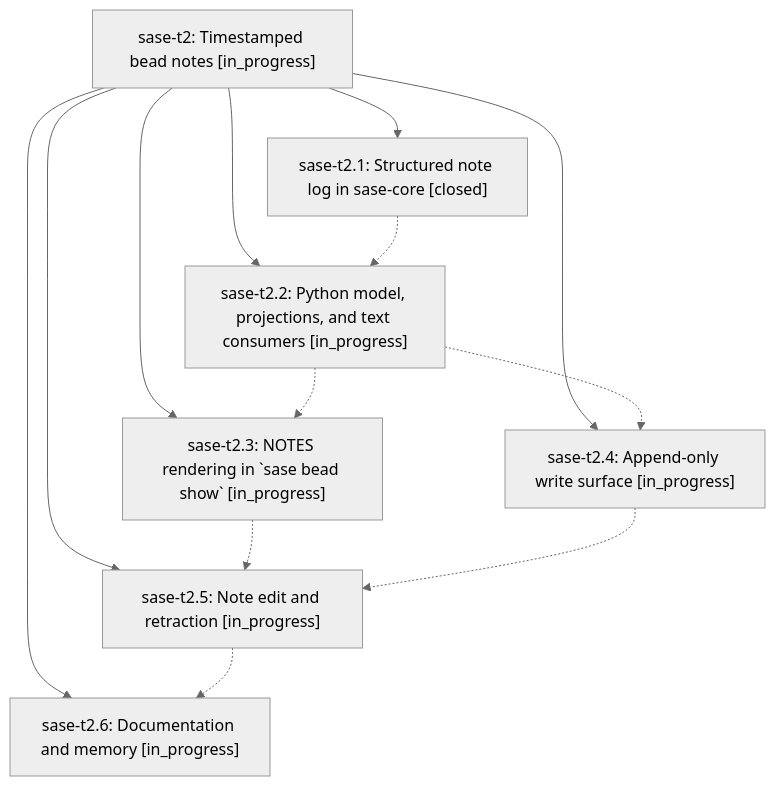
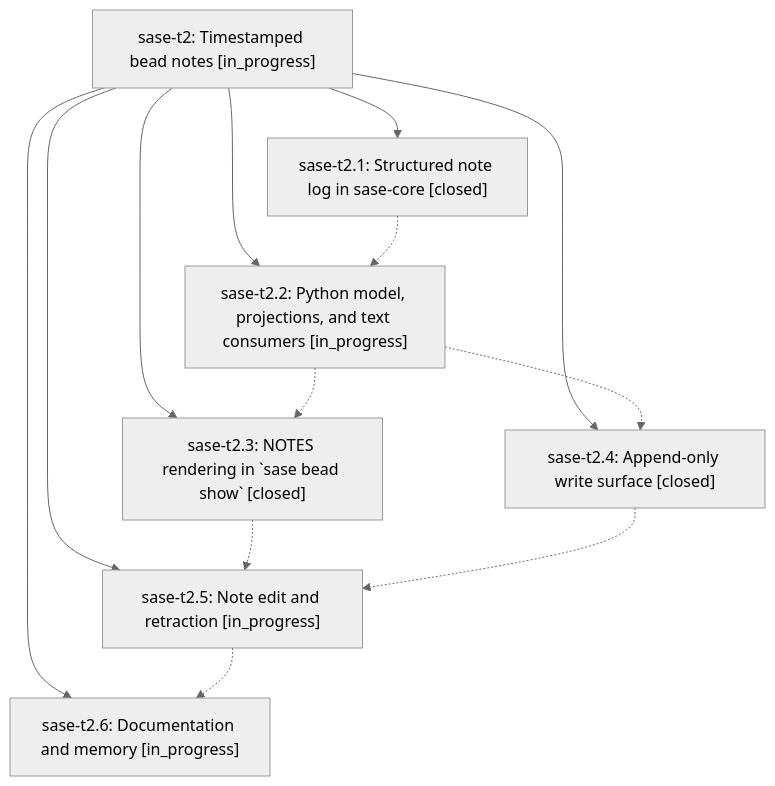
The diagram in pages/sase-t2/README.md (sase-org/sase--beads), drawn with Mermaid (neutral theme) before and after one commit. The commit also changed other lines of this file and 4 other files, not shown here.

First line of the commit message:
chore(beads): sync bead state and pages for sase-t2

````diff
--- a/pages/sase-t2/README.md
+++ b/pages/sase-t2/README.md
@@ -27,22 +27,22 @@
 ```mermaid
 flowchart TD
     n0["sase-t2: Timestamped bead notes [in_progress]"]
     n1["sase-t2.1: Structured note log in sase-core [closed]"]
     n2["sase-t2.2: Python model, projections, and text consumers [in_progress]"]
-    n3["sase-t2.3: NOTES rendering in `sase bead show` [in_progress]"]
-    n4["sase-t2.4: Append-only write surface [in_progress]"]
+    n3["sase-t2.3: NOTES rendering in `sase bead show` [closed]"]
+    n4["sase-t2.4: Append-only write surface [closed]"]
     n5["sase-t2.5: Note edit and retraction [in_progress]"]
     n6["sase-t2.6: Documentation and memory [in_progress]"]
     n0 --> n1
     n0 --> n2
     n0 --> n3
     n0 --> n4
     n0 --> n5
     n0 --> n6
     n1 -.-> n2
     n2 -.-> n3
     n2 -.-> n4
     n3 -.-> n5
     n4 -.-> n5
     n5 -.-> n6
 ```
````
